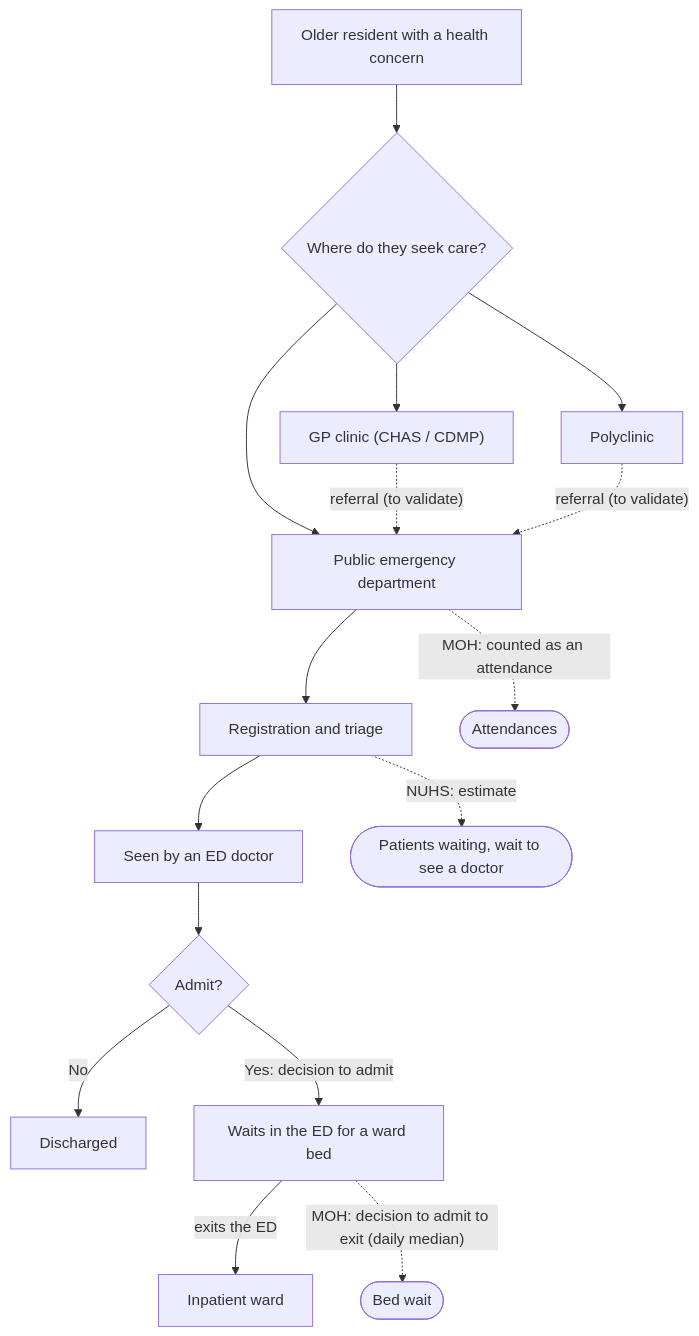
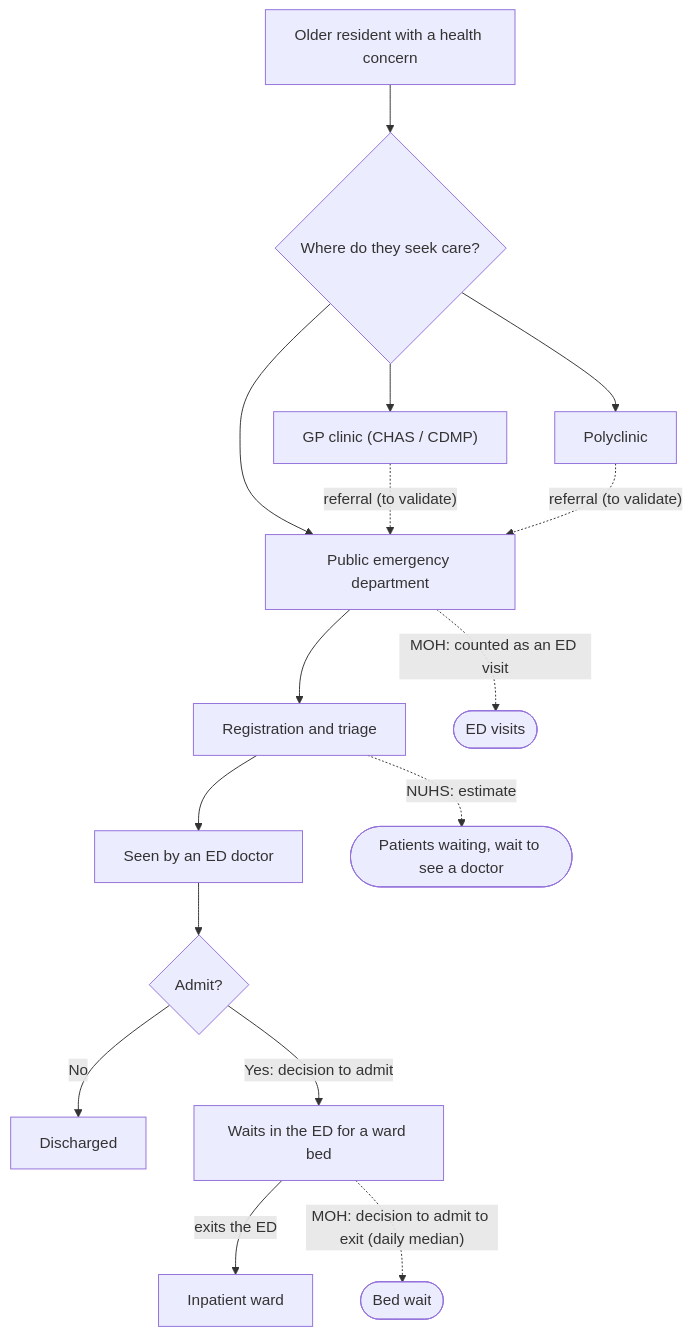
Before and after one commit to gabrielneo/sg-care-capacity: the first of 2 diagrams in docs/case_study.md, drawn with Mermaid. The commit also changed other lines of this file and 44 other files, not shown here.

````diff
--- a/docs/case_study.md
+++ b/docs/case_study.md
@@ -93,18 +96,18 @@
 ```mermaid
 flowchart TD
   A["Older resident with a health concern"] --> B{"Where do they seek care?"}
   B --> C["GP clinic (CHAS / CDMP)"]
   B --> D["Polyclinic"]
   B --> E["Public emergency department"]
   C -. "referral (to validate)" .-> E
   D -. "referral (to validate)" .-> E
   E --> F["Registration and triage"]
   F --> G["Seen by an ED doctor"]
   G --> H{"Admit?"}
   H -- "No" --> I["Discharged"]
   H -- "Yes: decision to admit" --> J["Waits in the ED for a ward bed"]
   J -- "exits the ED" --> K["Inpatient ward"]
-  E -. "MOH: counted as an attendance" .-> M1(["Attendances"])
+  E -. "MOH: counted as an ED visit" .-> M1(["ED visits"])
   J -. "MOH: decision to admit to exit (daily median)" .-> M2(["Bed wait"])
   F -. "NUHS: estimate" .-> M3(["Patients waiting, wait to see a doctor"])
 ```
````
